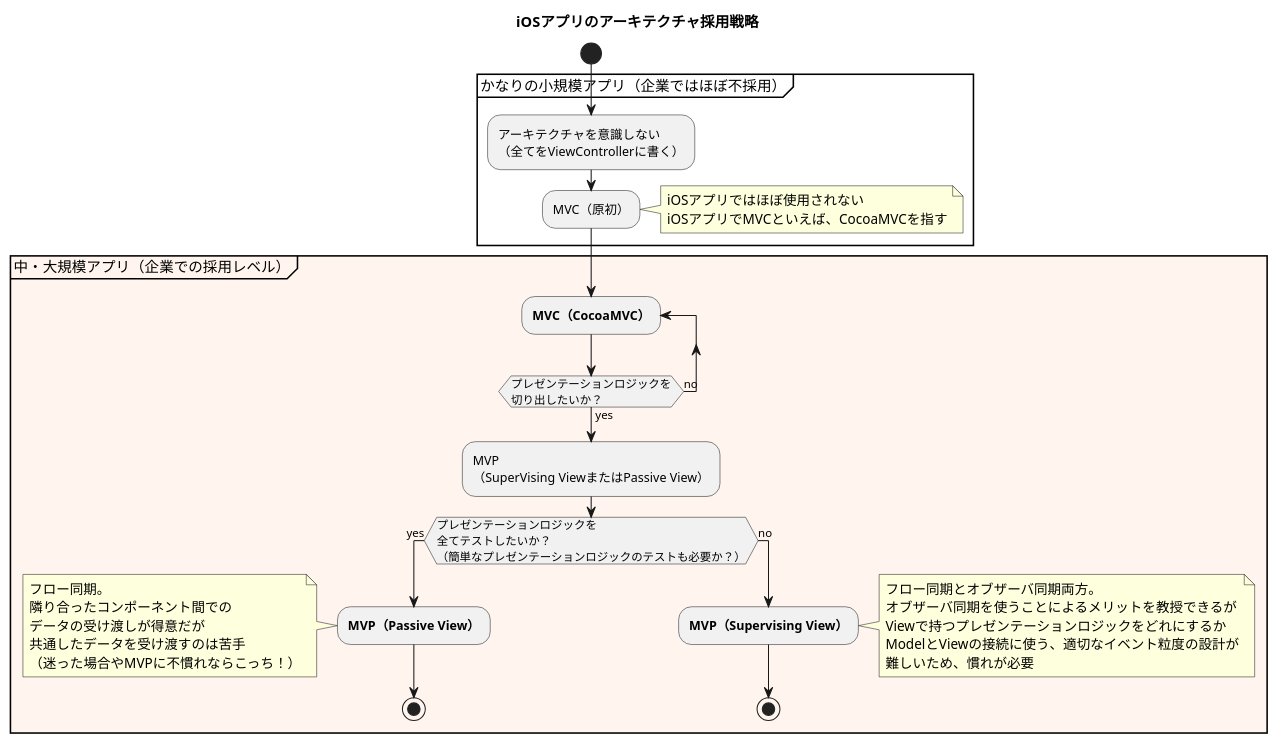
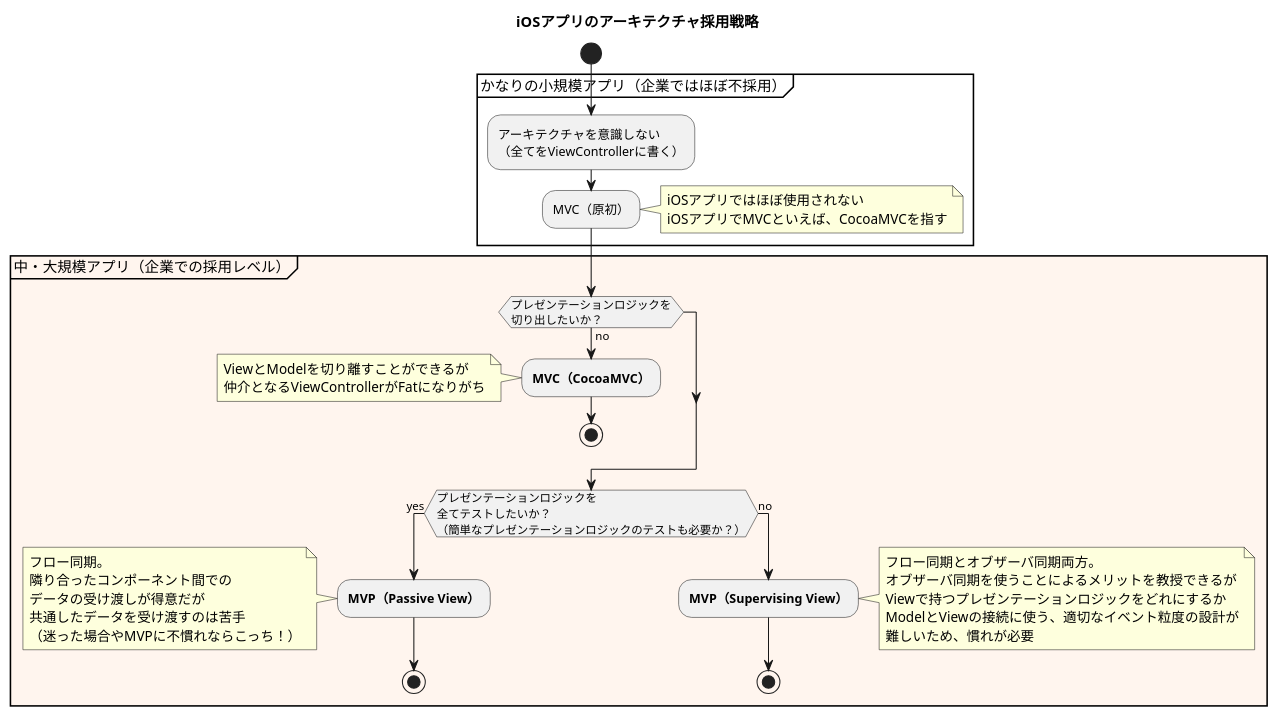
Before and after one commit to kamimi01/iOSArchitectureStudy: the diagram in Common/allArchitecture.pu, drawn with PlantUML. The commit also changed 1 other file, not shown here.

```diff
--- a/Common/allArchitecture.pu
+++ b/Common/allArchitecture.pu
@@ -1,48 +1,53 @@
 @startuml
 
 title "iOSアプリのアーキテクチャ採用戦略"
 
 start
 
 partition かなりの小規模アプリ（企業ではほぼ不採用） {
   :アーキテクチャを意識しない\n（全てをViewControllerに書く）;
   :MVC（原初）;
 
   note right
     iOSアプリではほぼ使用されない
     iOSアプリでMVCといえば、CocoaMVCを指す
   end note
 }
 
 partition 中・大規模アプリ（企業での採用レベル） #fff5ee {
-  repeat :<b>MVC（CocoaMVC）</b>;
+  if (プレゼンテーションロジックを\n切り出したいか？) then (no)
+    :<b>MVC（CocoaMVC）</b>;
 
-  repeat while(プレゼンテーションロジックを\n切り出したいか？) is(no) not(yes)
-    :MVP\n（SuperVising ViewまたはPassive View）;
+    note left
+      ViewとModelを切り離すことができるが
+      仲介となるViewControllerがFatになりがち
+    end note
+    stop
+  endif
 
   if (プレゼンテーションロジックを\n全てテストしたいか？\n（簡単なプレゼンテーションロジックのテストも必要か？）) then (yes)
     :<b>MVP（Passive View）</b>;
 
     note left
       フロー同期。
       隣り合ったコンポーネント間での
       データの受け渡しが得意だが
       共通したデータを受け渡すのは苦手
       （迷った場合やMVPに不慣れならこっち！）
     end note
     stop
   else (no)
     :<b>MVP（Supervising View）</b>;
 
     note right
       フロー同期とオブザーバ同期両方。
       オブザーバ同期を使うことによるメリットを教授できるが
       Viewで持つプレゼンテーションロジックをどれにするか
       ModelとViewの接続に使う、適切なイベント粒度の設計が
       難しいため、慣れが必要
     end note
     stop
   endif
 }
 
 @enduml
```
